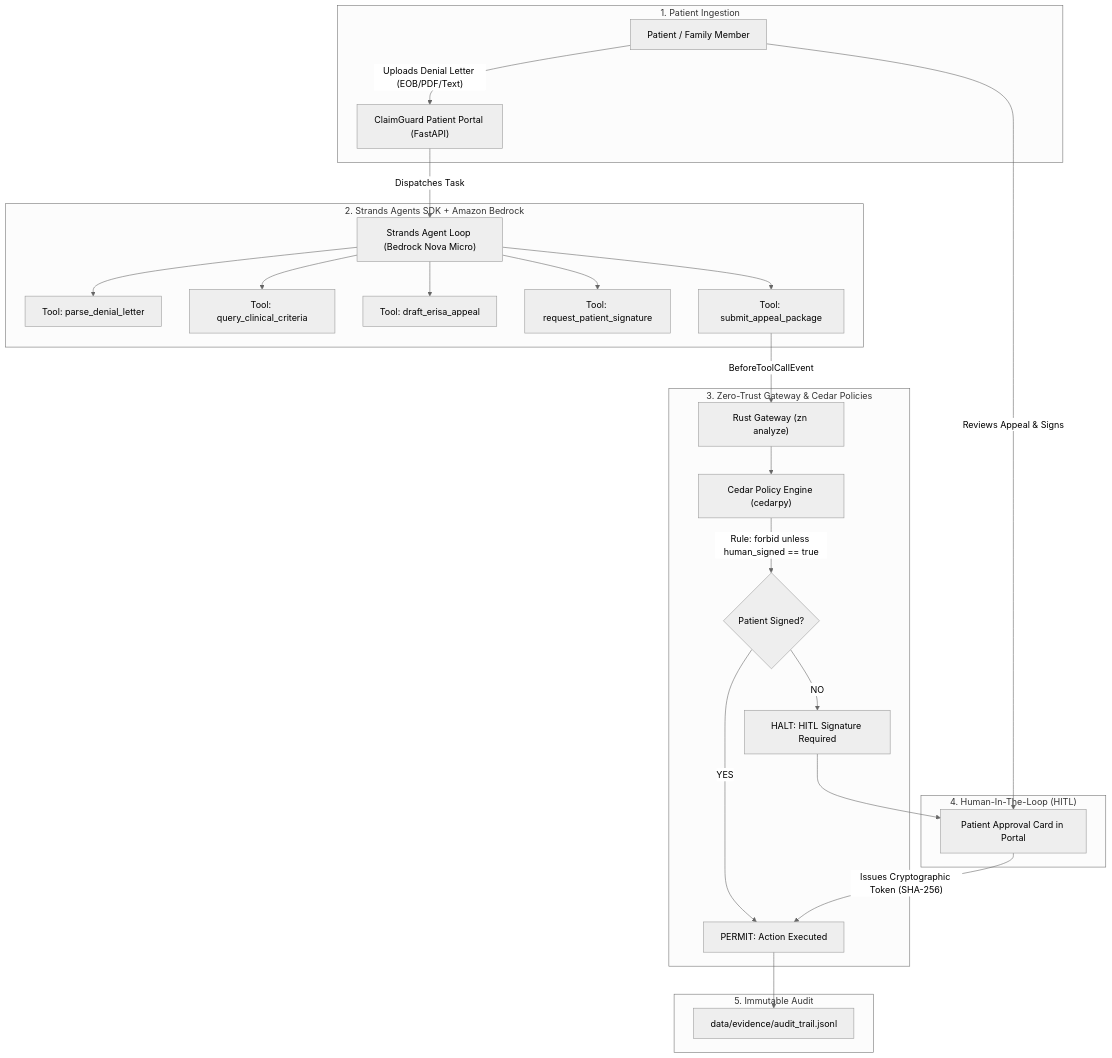
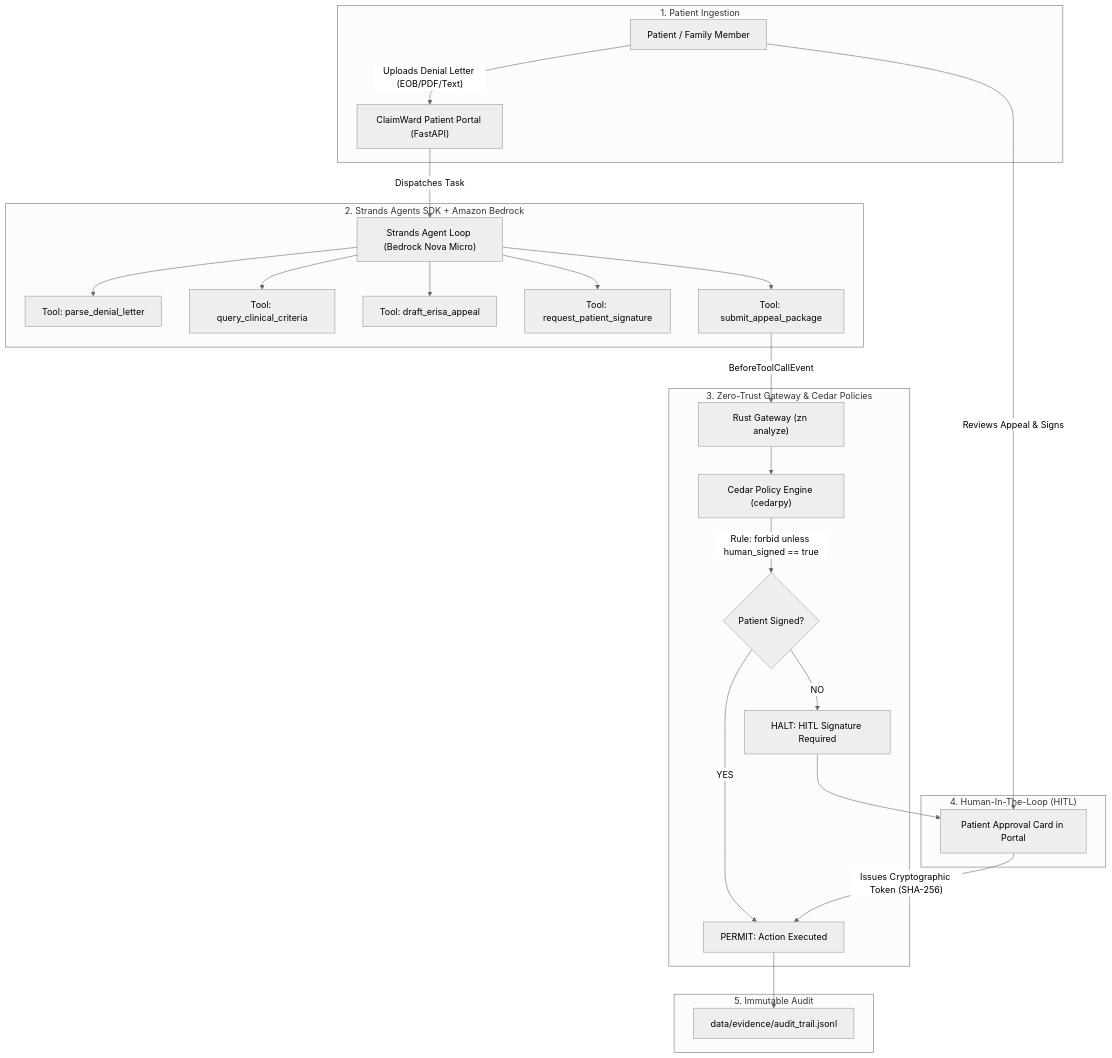
The diagram in ARCHITECTURE.md (tljohnsilver/claimward), drawn with Mermaid (neutral theme) before and after one commit. The commit also changed other lines of this file and 19 other files, not shown here.

Commit message:
chore: complete ClaimWard brand rename, Docker packaging, live URL in docs

````diff
--- a/ARCHITECTURE.md
+++ b/ARCHITECTURE.md
@@ -31,33 +31,33 @@
 ```mermaid
 flowchart TD
     subgraph Ingestion ["1. Patient Ingestion"]
-        P["Patient / Family Member"] -->|"Uploads Denial Letter (EOB/PDF/Text)"| UI["ClaimGuard Patient Portal (FastAPI)"]
+        P["Patient / Family Member"] -->|"Uploads Denial Letter (EOB/PDF/Text)"| UI["ClaimWard Patient Portal (FastAPI)"]
     end
 
     subgraph AgenticCore ["2. Strands Agents SDK + Amazon Bedrock"]
         UI -->|"Dispatches Task"| AG["Strands Agent Loop (Bedrock Nova Micro)"]
         AG --> T1["Tool: parse_denial_letter"]
         AG --> T2["Tool: query_clinical_criteria"]
         AG --> T3["Tool: draft_erisa_appeal"]
         AG --> T4["Tool: request_patient_signature"]
         AG --> T5["Tool: submit_appeal_package"]
     end
 
     subgraph SafetyGate ["3. Zero-Trust Gateway & Cedar Policies"]
         T5 -->|"BeforeToolCallEvent"| ZN["Rust Gateway (zn analyze)"]
         ZN --> CP["Cedar Policy Engine (cedarpy)"]
         CP -->|"Rule: forbid unless human_signed == true"| GATE{"Patient Signed?"}
         GATE -->|"NO"| BLOCK["HALT: HITL Signature Required"]
         GATE -->|"YES"| ALLOW["PERMIT: Action Executed"]
     end
 
     subgraph HumanLoop ["4. Human-In-The-Loop (HITL)"]
         BLOCK --> CARD["Patient Approval Card in Portal"]
         P -->|"Reviews Appeal & Signs"| CARD
         CARD -->|"Issues Cryptographic Token (SHA-256)"| ALLOW
     end
 
     subgraph EvidenceVault ["5. Immutable Audit"]
         ALLOW --> VAULT["data/evidence/audit_trail.jsonl"]
     end
 ```
````
